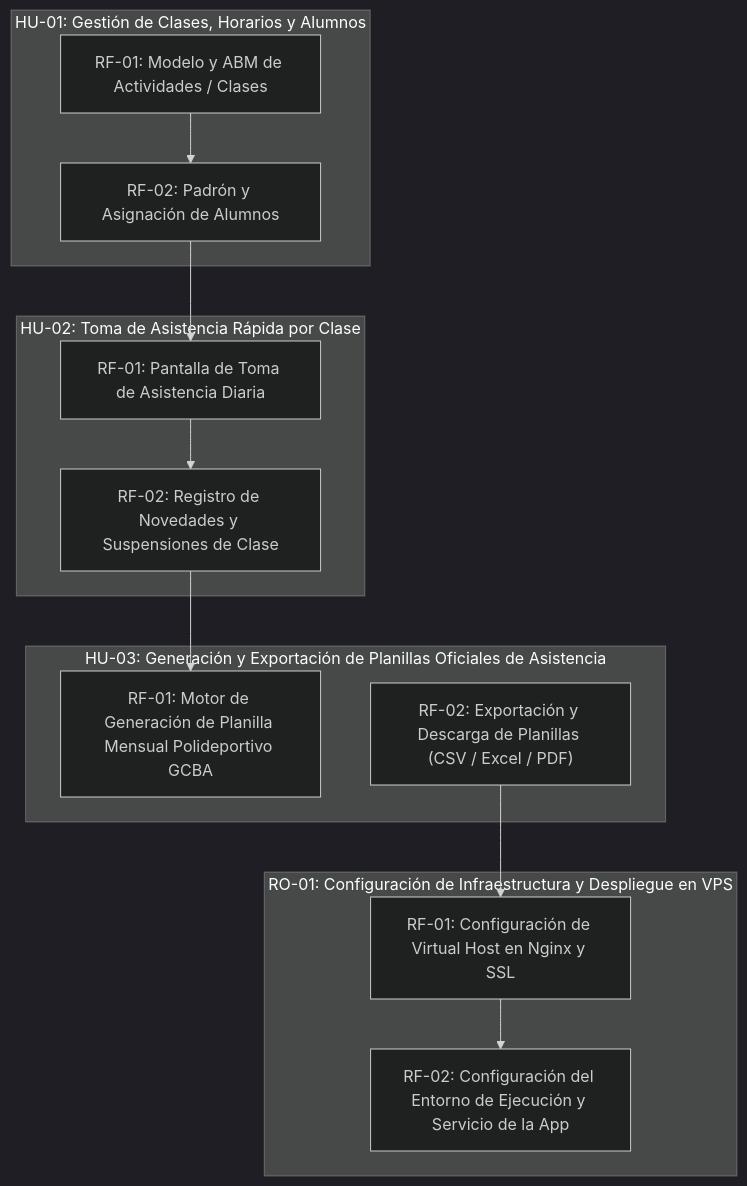
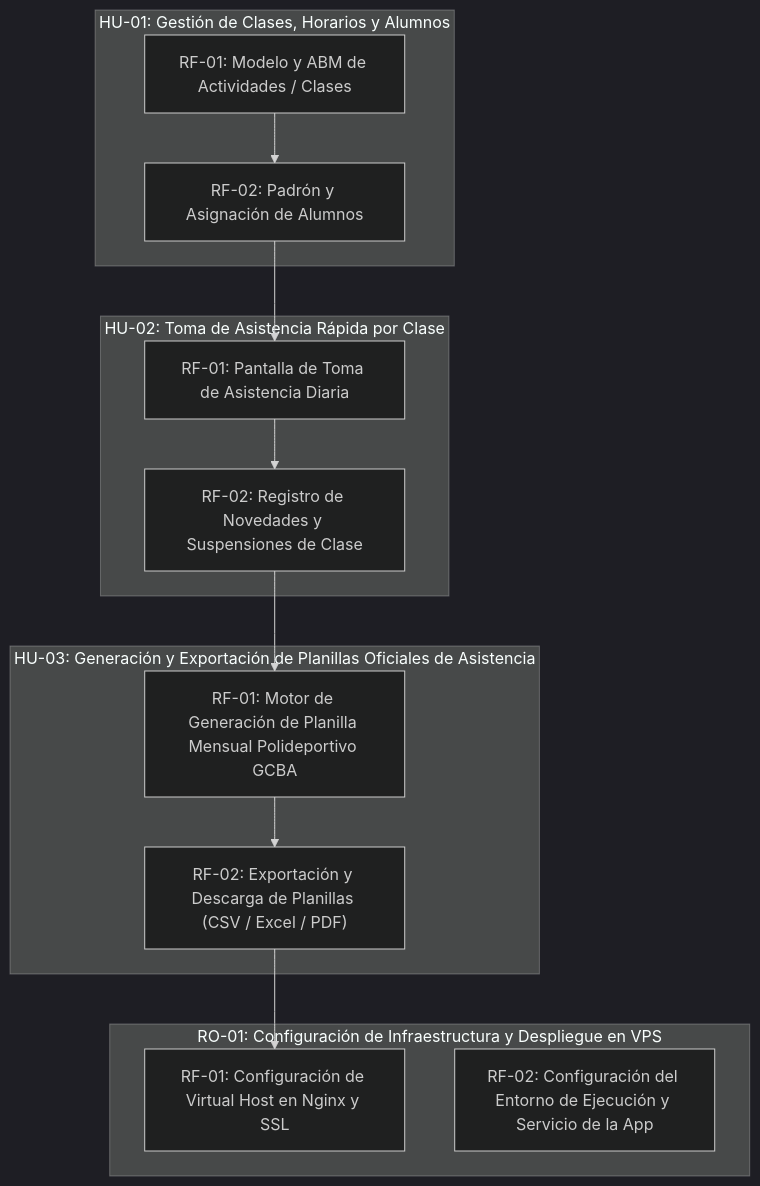
Before and after one commit to fiemcasals/fit: the diagram in scrumDocs/grafo.md, drawn with Mermaid (dark theme). The commit also changed other lines of this file, not shown here.

Commit message:
Auto-publish: actualiza scrumDocs/grafo.md

````diff
--- a/scrumDocs/grafo.md
+++ b/scrumDocs/grafo.md
@@ -5,25 +5,25 @@
 ```mermaid
 graph TD
   subgraph US_1790948668521["HU-01: Gestión de Clases, Horarios y Alumnos"]
     REQ_1790949656542["RF-01: Modelo y ABM de Actividades / Clases"]
     REQ_1790949656650["RF-02: Padrón y Asignación de Alumnos"]
   end
   subgraph US_1790948668690["HU-02: Toma de Asistencia Rápida por Clase"]
     REQ_1790949656797["RF-01: Pantalla de Toma de Asistencia Diaria"]
     REQ_1790949656976["RF-02: Registro de Novedades y Suspensiones de Clase"]
   end
   subgraph US_1790948668768["HU-03: Generación y Exportación de Planillas Oficiales de Asistencia"]
     REQ_1790949657128["RF-01: Motor de Generación de Planilla Mensual Polideportivo GCBA"]
     REQ_1790949657258["RF-02: Exportación y Descarga de Planillas (CSV / Excel / PDF)"]
   end
   subgraph US_1790948668902["RO-01: Configuración de Infraestructura y Despliegue en VPS"]
     REQ_1790948668917["RF-01: Configuración de Virtual Host en Nginx y SSL"]
     REQ_1790949657375["RF-02: Configuración del Entorno de Ejecución y Servicio de la App"]
   end
   REQ_1790949656542 --> REQ_1790949656650
   REQ_1790949656650 --> REQ_1790949656797
   REQ_1790949656797 --> REQ_1790949656976
   REQ_1790949656976 --> REQ_1790949657128
+  REQ_1790949657128 --> REQ_1790949657258
   REQ_1790949657258 --> REQ_1790948668917
-  REQ_1790948668917 --> REQ_1790949657375
 ```
````
